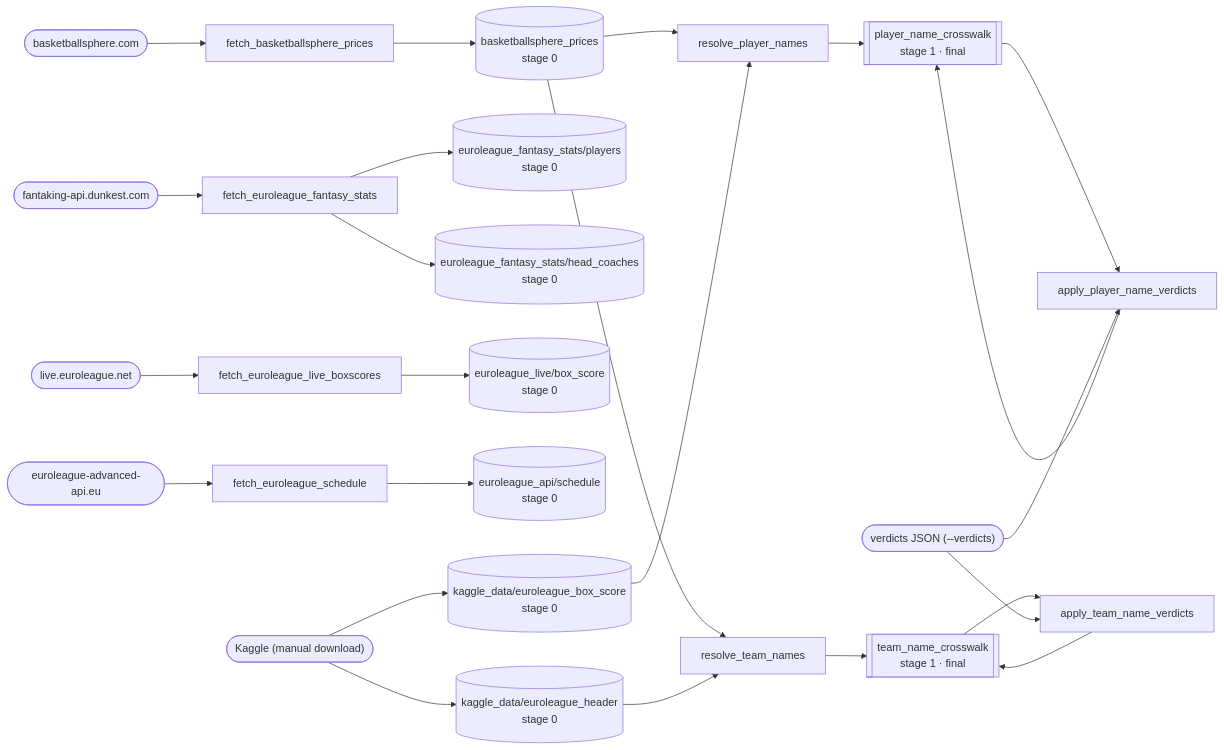
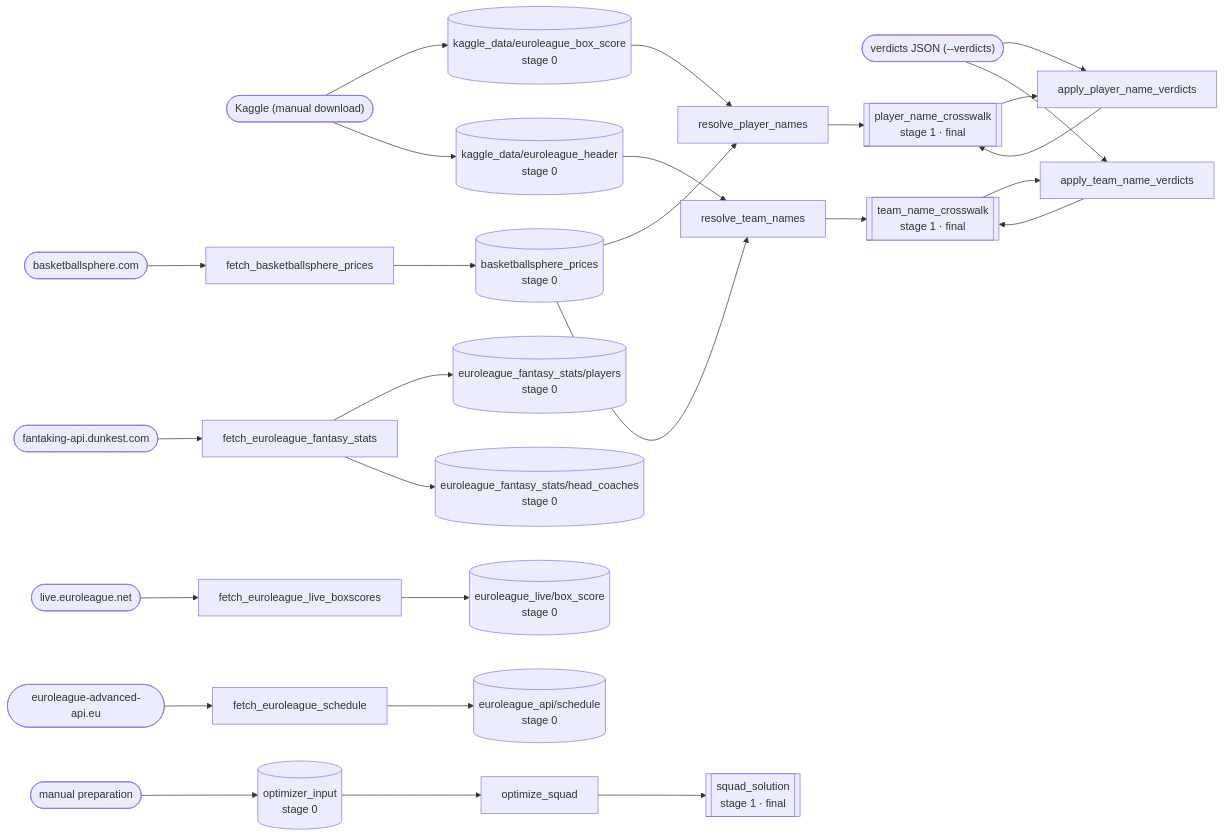
The diagram in docs/data-graph.md (Takfes/indie-euroleague), drawn with Mermaid before and after one commit. The commit also changed 1 other file, not shown here.

Commit message:
docs(data): add optimize_squad to data catalogue and graph
Claude-Session: https://claude.ai/code/session_01SDZQKzkbTRehkmvgrfXvFX

````diff
--- a/docs/data-graph.md
+++ b/docs/data-graph.md
@@ -7,54 +7,61 @@
 ```mermaid
 flowchart LR
     %% external sources
     bs(["basketballsphere.com"])
     dunkest(["fantaking-api.dunkest.com"])
     live(["live.euroleague.net"])
     adv(["euroleague-advanced-api.eu"])
     kaggle(["Kaggle (manual download)"])
     verdicts(["verdicts JSON (--verdicts)"])
+    manual(["manual preparation"])
 
     %% scripts
     f_bs["fetch_basketballsphere_prices"]
     f_fs["fetch_euroleague_fantasy_stats"]
     f_live["fetch_euroleague_live_boxscores"]
     f_sched["fetch_euroleague_schedule"]
     r_p["resolve_player_names"]
     a_p["apply_player_name_verdicts"]
     r_t["resolve_team_names"]
     a_t["apply_team_name_verdicts"]
+    o_sq["optimize_squad"]
 
     %% raw datasets (stage 0)
     d_prices[("basketballsphere_prices<br/>stage 0")]
     d_players[("euroleague_fantasy_stats/players<br/>stage 0")]
     d_coaches[("euroleague_fantasy_stats/head_coaches<br/>stage 0")]
     d_live[("euroleague_live/box_score<br/>stage 0")]
     d_sched[("euroleague_api/schedule<br/>stage 0")]
     d_kbox[("kaggle_data/euroleague_box_score<br/>stage 0")]
     d_khdr[("kaggle_data/euroleague_header<br/>stage 0")]
+    d_opt[("optimizer_input<br/>stage 0")]
 
     %% produced datasets
     d_pxw[["player_name_crosswalk<br/>stage 1 · final"]]
     d_txw[["team_name_crosswalk<br/>stage 1 · final"]]
+    d_sq[["squad_solution<br/>stage 1 · final"]]
 
     bs --> f_bs --> d_prices
     dunkest --> f_fs
     f_fs --> d_players
     f_fs --> d_coaches
     live --> f_live --> d_live
     adv --> f_sched --> d_sched
     kaggle --> d_kbox
     kaggle --> d_khdr
 
     d_prices --> r_p
     d_kbox --> r_p
     r_p --> d_pxw
     d_pxw --> a_p --> d_pxw
     verdicts --> a_p
 
     d_prices --> r_t
     d_khdr --> r_t
     r_t --> d_txw
     d_txw --> a_t --> d_txw
     verdicts --> a_t
+
+    manual --> d_opt
+    d_opt --> o_sq --> d_sq
 ```
````
